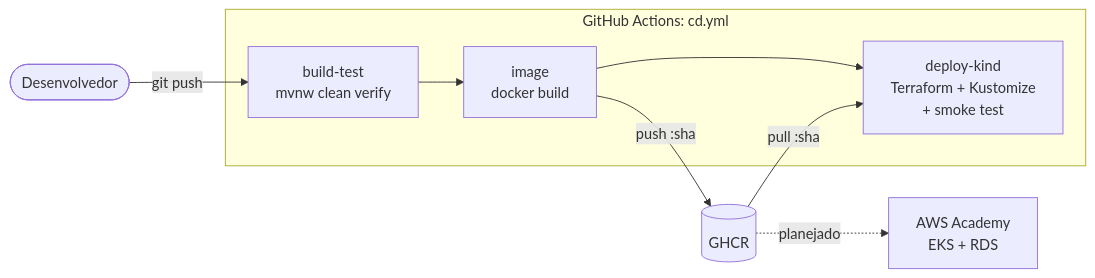
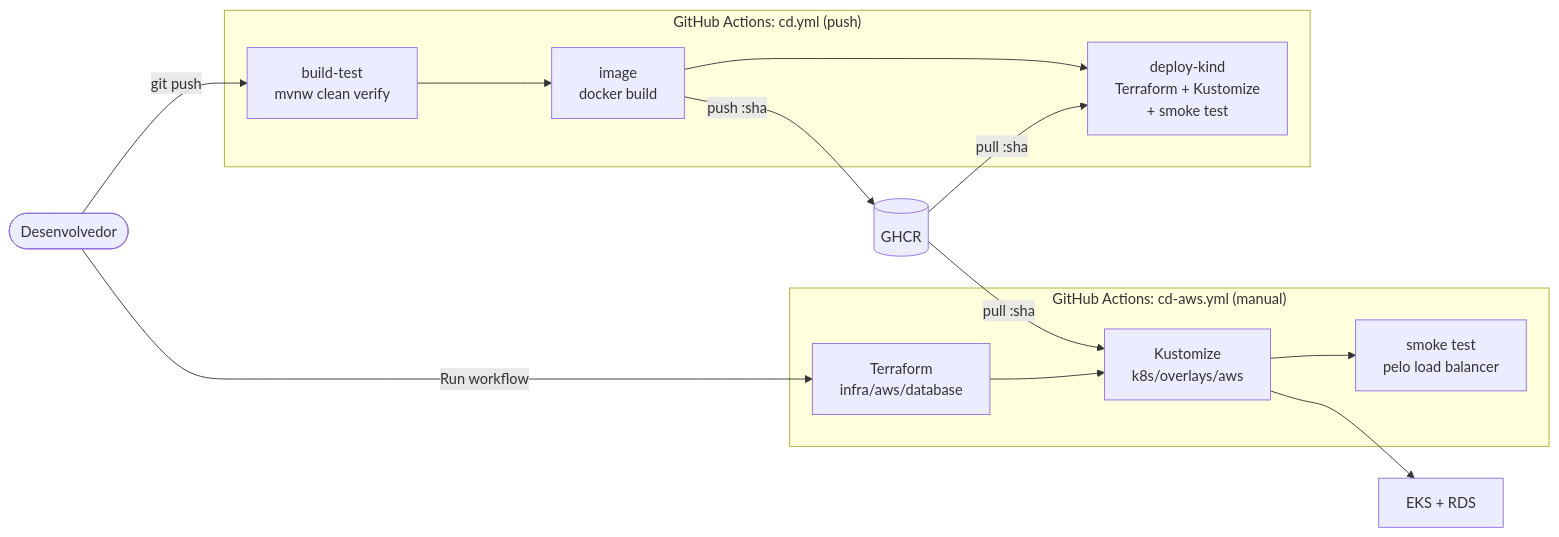
Before and after one commit to SantiagoSilvestre/17SOAT-workshop-management-system: the sixth of 6 diagrams in docs/architecture/overview.md, drawn with Mermaid. The commit also changed other lines of this file and 5 other files, not shown here.

First line of the commit message:
docs(platform): document aws academy environment and deploy workflow

````diff
--- a/docs/architecture/overview.md
+++ b/docs/architecture/overview.md
@@ -155,11 +213,18 @@
 ```mermaid
 flowchart LR
     dev(["Desenvolvedor"]) -->|"git push"| build
-    subgraph cd["GitHub Actions: cd.yml"]
+    subgraph cd["GitHub Actions: cd.yml (push)"]
         build["build-test<br/>mvnw clean verify"] --> image["image<br/>docker build"]
         image --> deploy["deploy-kind<br/>Terraform + Kustomize<br/>+ smoke test"]
     end
     image -->|"push :sha"| ghcr[("GHCR")]
     ghcr -->|"pull :sha"| deploy
-    ghcr -.->|"planejado"| aws["AWS Academy<br/>EKS + RDS"]
+
+    dev -->|"Run workflow"| awsdb
+    subgraph cdaws["GitHub Actions: cd-aws.yml (manual)"]
+        awsdb["Terraform<br/>infra/aws/database"] --> awsapp["Kustomize<br/>k8s/overlays/aws"]
+        awsapp --> awssmoke["smoke test<br/>pelo load balancer"]
+    end
+    ghcr -->|"pull :sha"| awsapp
+    awsapp --> eks["EKS + RDS"]
 ```
````
